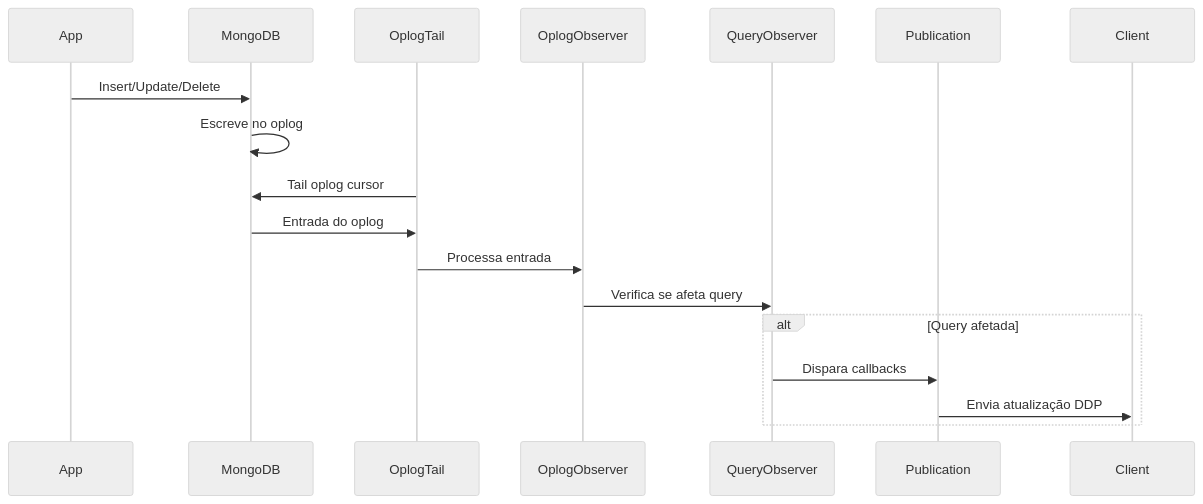
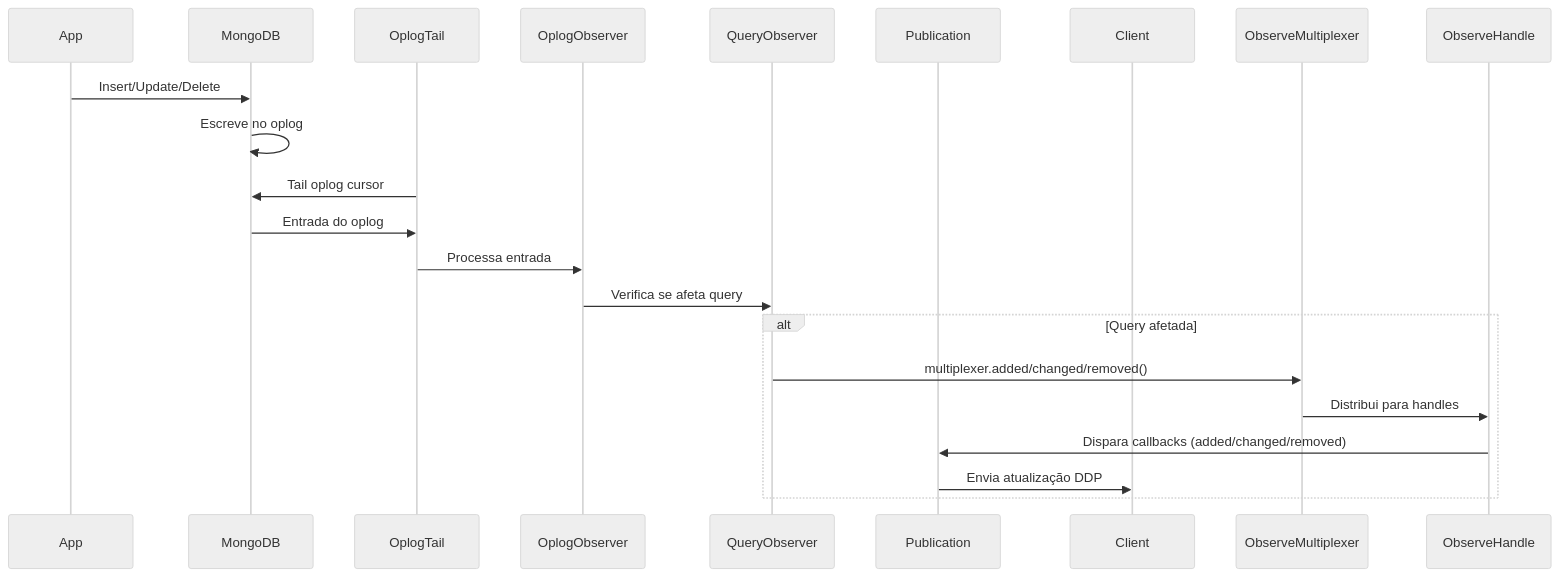
One commit to italojs/ddp-blog-post changed the tenth of 15 diagrams in readme.md. Above: the diagram before and after it, drawn with Mermaid (neutral theme). The commit also changed other lines of this file, not shown here.

````diff
--- a/readme.md
+++ b/readme.md
@@ -873,21 +1755,23 @@
 ```mermaid
 sequenceDiagram
     participant App
     participant MongoDB
     participant OplogTail
     participant OplogObserver
     participant QueryObserver
     participant Publication
     participant Client
     
     App->>MongoDB: Insert/Update/Delete
     MongoDB->>MongoDB: Escreve no oplog
     OplogTail->>MongoDB: Tail oplog cursor
     MongoDB->>OplogTail: Entrada do oplog
     OplogTail->>OplogObserver: Processa entrada
     OplogObserver->>QueryObserver: Verifica se afeta query
     alt Query afetada
-        QueryObserver->>Publication: Dispara callbacks
+        QueryObserver->>ObserveMultiplexer: multiplexer.added/changed/removed()
+        ObserveMultiplexer->>ObserveHandle: Distribui para handles
+        ObserveHandle->>Publication: Dispara callbacks (added/changed/removed)
         Publication->>Client: Envia atualização DDP
     end
 ```
````
